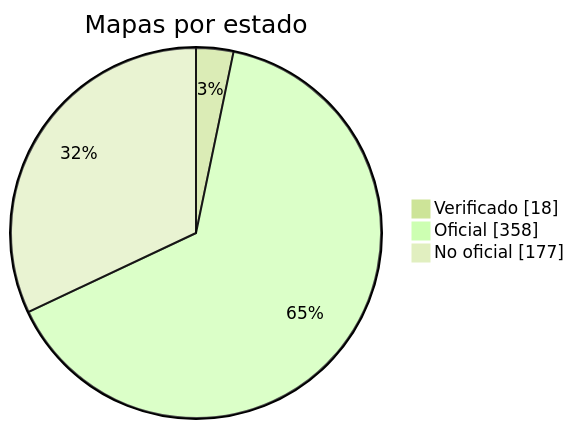
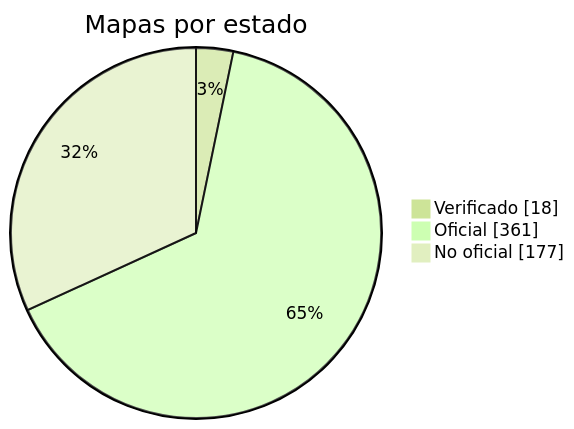
The diagram in docs/readme/README_ES.md (nobrega8/mbmap-library), drawn with Mermaid (forest theme) before and after one commit. The commit also changed 8 other files, not shown here.

````diff
--- a/docs/readme/README_ES.md
+++ b/docs/readme/README_ES.md
@@ -54,7 +54,7 @@
 ```mermaid
 pie showData
     title Mapas por estado
     "Verificado" : 18
-    "Oficial" : 358
+    "Oficial" : 361
     "No oficial" : 177
 ```
````
